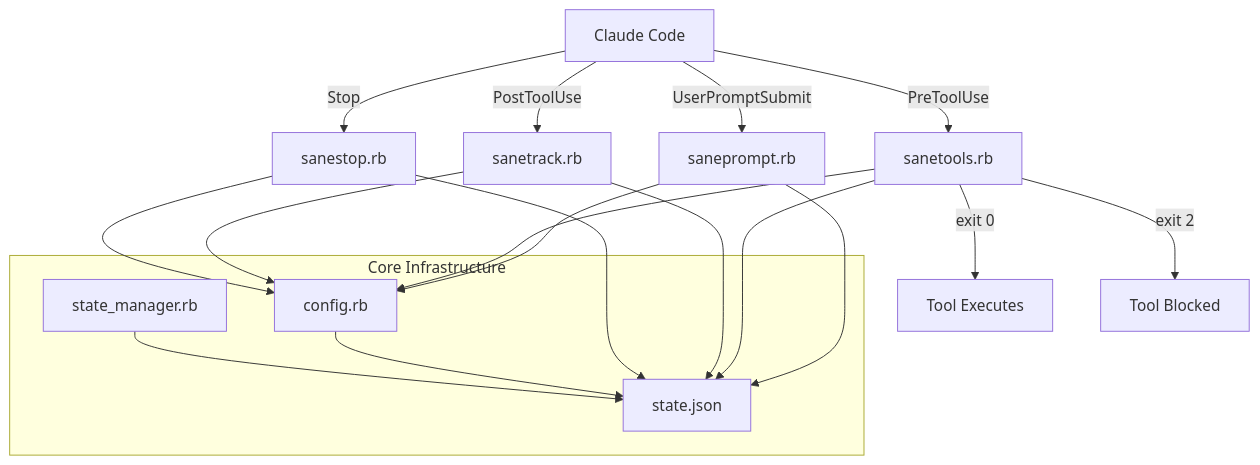
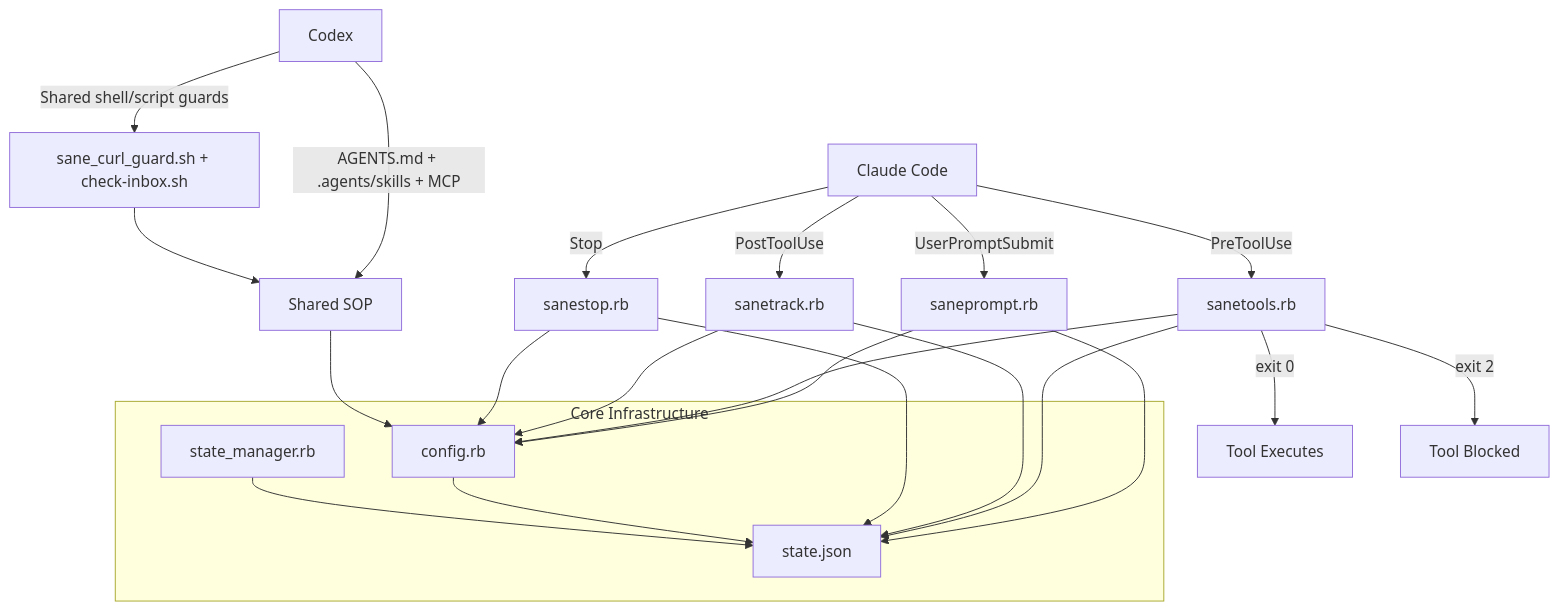
The first of 7 diagrams in ARCHITECTURE.md (sane-apps/SaneProcess), drawn with Mermaid before and after one commit. The commit also changed other lines of this file and 15 other files, not shown here.

Commit message:
Unify SaneProcess for Claude and Codex

````diff
--- a/ARCHITECTURE.md
+++ b/ARCHITECTURE.md
@@ -17,25 +17,29 @@
 ```mermaid
 graph TD
     CC[Claude Code] -->|UserPromptSubmit| SP[saneprompt.rb]
     CC -->|PreToolUse| ST[sanetools.rb]
     CC -->|PostToolUse| SK[sanetrack.rb]
     CC -->|Stop| SS[sanestop.rb]
+    CX[Codex] -->|AGENTS.md + .agents/skills + MCP| SH[Shared SOP]
+    CX -->|Shared shell/script guards| GUARD[sane_curl_guard.sh + check-inbox.sh]
 
     SP --> STATE[state.json]
     ST --> STATE
     SK --> STATE
     SS --> STATE
 
     ST -->|exit 0| ALLOW[Tool Executes]
     ST -->|exit 2| BLOCK[Tool Blocked]
 
     subgraph "Core Infrastructure"
         CFG[config.rb] --> STATE
         SM[state_manager.rb] --> STATE
     end
 
     SP --> CFG
     ST --> CFG
     SK --> CFG
     SS --> CFG
+    SH --> CFG
+    GUARD --> SH
 ```
````
